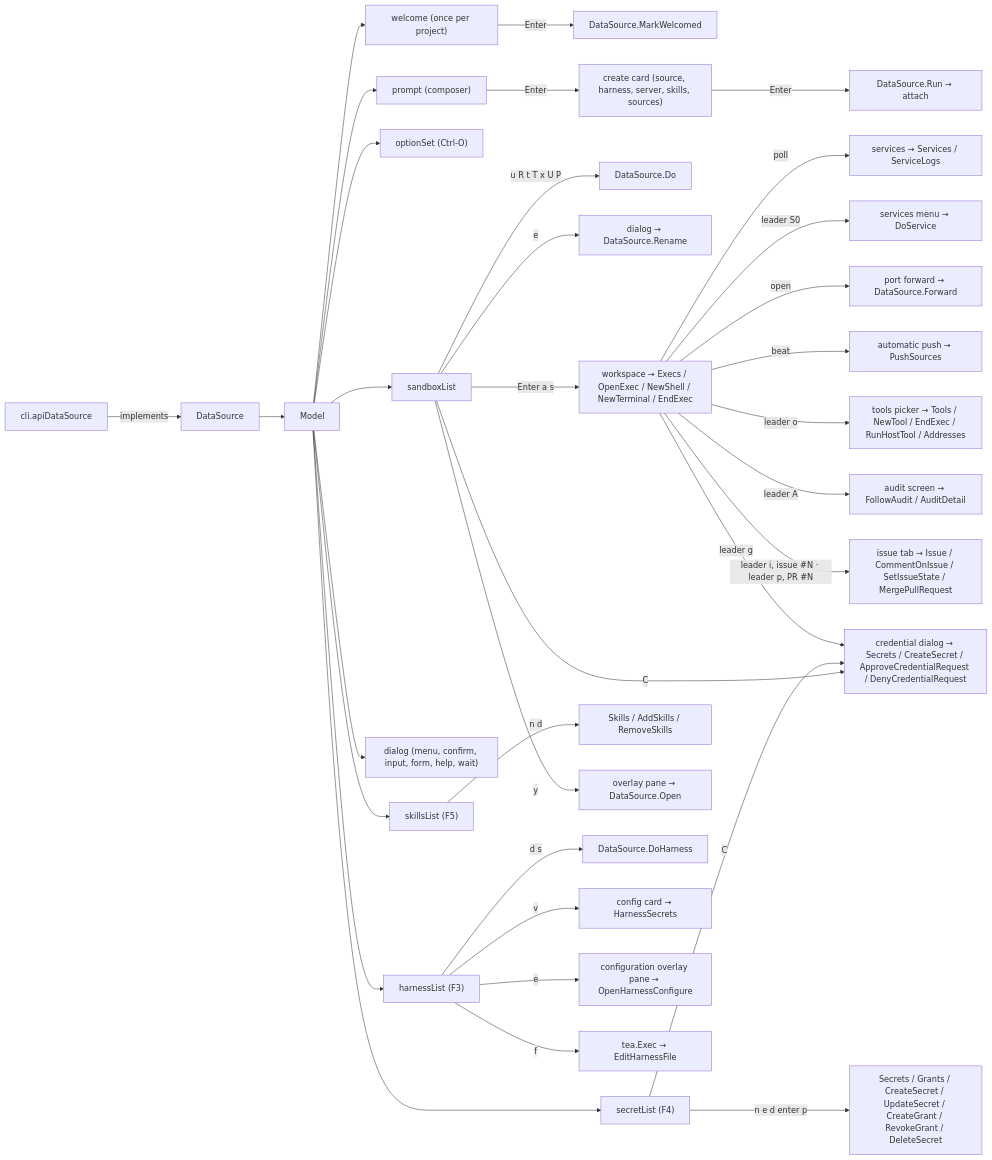
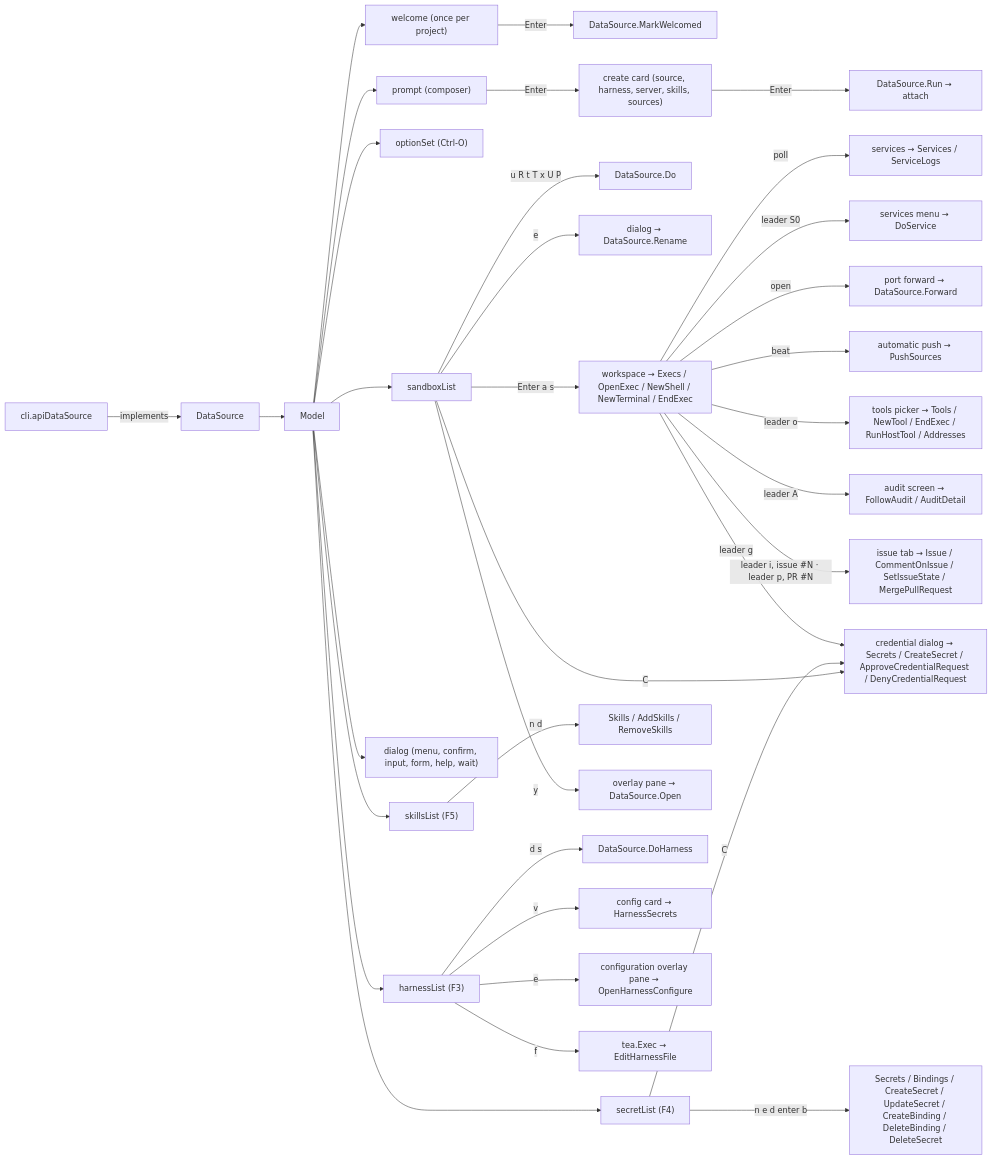
Before and after one commit to discobox-ai/discobox: the diagram in cli/internal/tui/DESIGN.md, drawn with Mermaid. The commit also changed other lines of this file and 232 other files, not shown here.

````diff
--- a/cli/internal/tui/DESIGN.md
+++ b/cli/internal/tui/DESIGN.md
@@ -14,36 +14,36 @@
 ```mermaid
 flowchart LR
     CLI["cli.apiDataSource"] -->|implements| DS["DataSource"]
     DS --> M["Model"]
     M --> P["prompt (composer)"]
     M --> L["sandboxList"]
     M --> O["optionSet (Ctrl-O)"]
     M --> A["harnessList (F3)"]
     M --> D["dialog (menu, confirm, input, form, help, wait)"]
     M --> W["welcome (once per project)"]
     W -->|Enter| MW["DataSource.MarkWelcomed"]
     P -->|Enter| Card["create card (source, harness, server, skills, sources)"]
     Card -->|Enter| Run["DataSource.Run → attach"]
     L -->|u R t T x U P| Verb["DataSource.Do"]
     L -->|e| Rename["dialog → DataSource.Rename"]
     L -->|Enter a s| WS["workspace → Execs / OpenExec / NewShell / NewTerminal / EndExec"]
     WS -->|poll| Svc["services → Services / ServiceLogs"]
     WS -->|leader S0| SvcMenu["services menu → DoService"]
     WS -->|open| Fwd["port forward → DataSource.Forward"]
     WS -->|beat| Push["automatic push → PushSources"]
     L -->|C| Cred["credential dialog → Secrets / CreateSecret / ApproveCredentialRequest / DenyCredentialRequest"]
     M --> S["secretList (F4)"]
-    S -->|n e d enter p| SVerb["Secrets / Grants / CreateSecret / UpdateSecret / CreateGrant / RevokeGrant / DeleteSecret"]
+    S -->|n e d enter b| SVerb["Secrets / Bindings / CreateSecret / UpdateSecret / CreateBinding / DeleteBinding / DeleteSecret"]
     S -->|C| Cred
     M --> K["skillsList (F5)"]
     K -->|n d| KVerb["Skills / AddSkills / RemoveSkills"]
     WS -->|leader g| Cred
     L -->|y| Overlay["overlay pane → DataSource.Open"]
     WS -->|leader o| T["tools picker → Tools / NewTool / EndExec / RunHostTool / Addresses"]
     WS -->|leader A| Aud["audit screen → FollowAudit / AuditDetail"]
     WS -->|leader i, issue #N · leader p, PR #N| Iss["issue tab → Issue / CommentOnIssue / SetIssueState / MergePullRequest"]
     A -->|d s| AVerb["DataSource.DoHarness"]
     A -->|v| ACard["config card → HarnessSecrets"]
     A -->|e| ACfg["configuration overlay pane → OpenHarnessConfigure"]
     A -->|f| AExec["tea.Exec → EditHarnessFile"]
 ```
````
